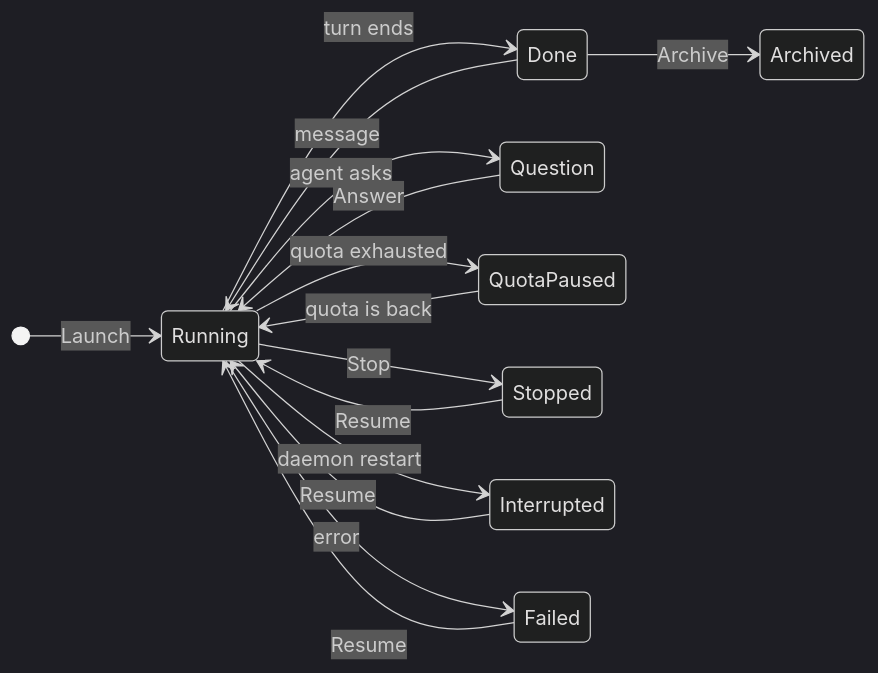
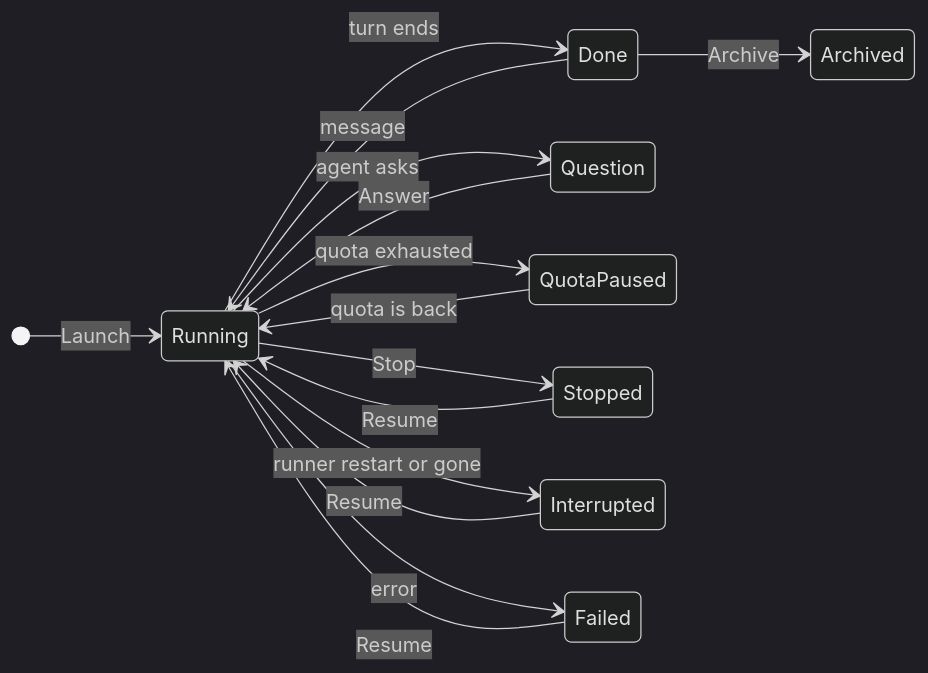
One commit to Wauplin/launchpad changed the first of 2 diagrams in docs/agents.md. Above: the diagram before and after it, drawn with Mermaid (dark theme). The commit also changed other lines of this file and 16 other files, not shown here.

````diff
--- a/docs/agents.md
+++ b/docs/agents.md
@@ -75,18 +75,18 @@
 ```mermaid
 stateDiagram-v2
     direction LR
     [*] --> Running: Launch
     Running --> Done: turn ends
     Running --> Question: agent asks
     Question --> Running: Answer
     Running --> QuotaPaused: quota exhausted
     QuotaPaused --> Running: quota is back
     Running --> Stopped: Stop
-    Running --> Interrupted: daemon restart
+    Running --> Interrupted: runner restart or gone
     Running --> Failed: error
     Done --> Running: message
     Stopped --> Running: Resume
     Interrupted --> Running: Resume
     Failed --> Running: Resume
     Done --> Archived: Archive
 ```
````
